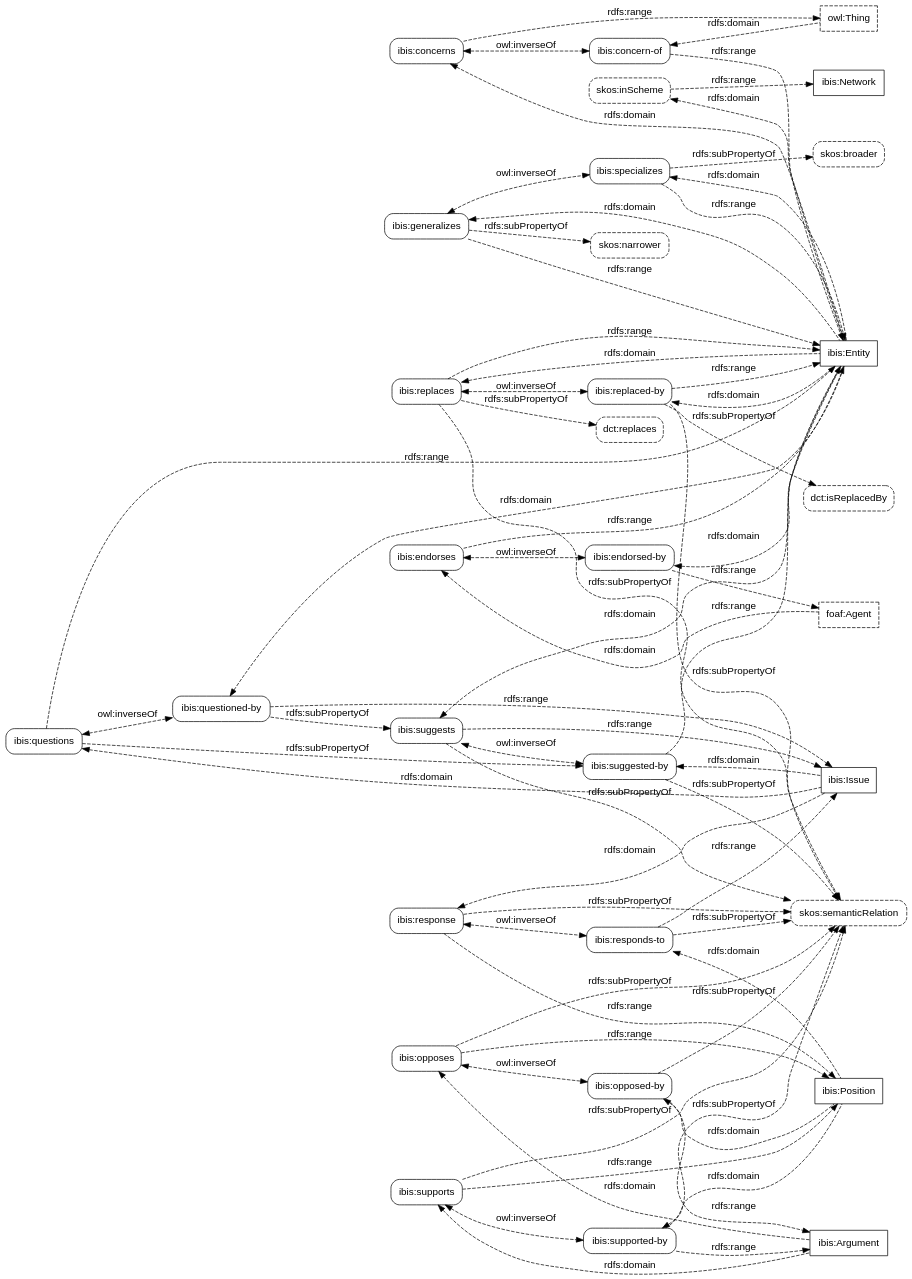
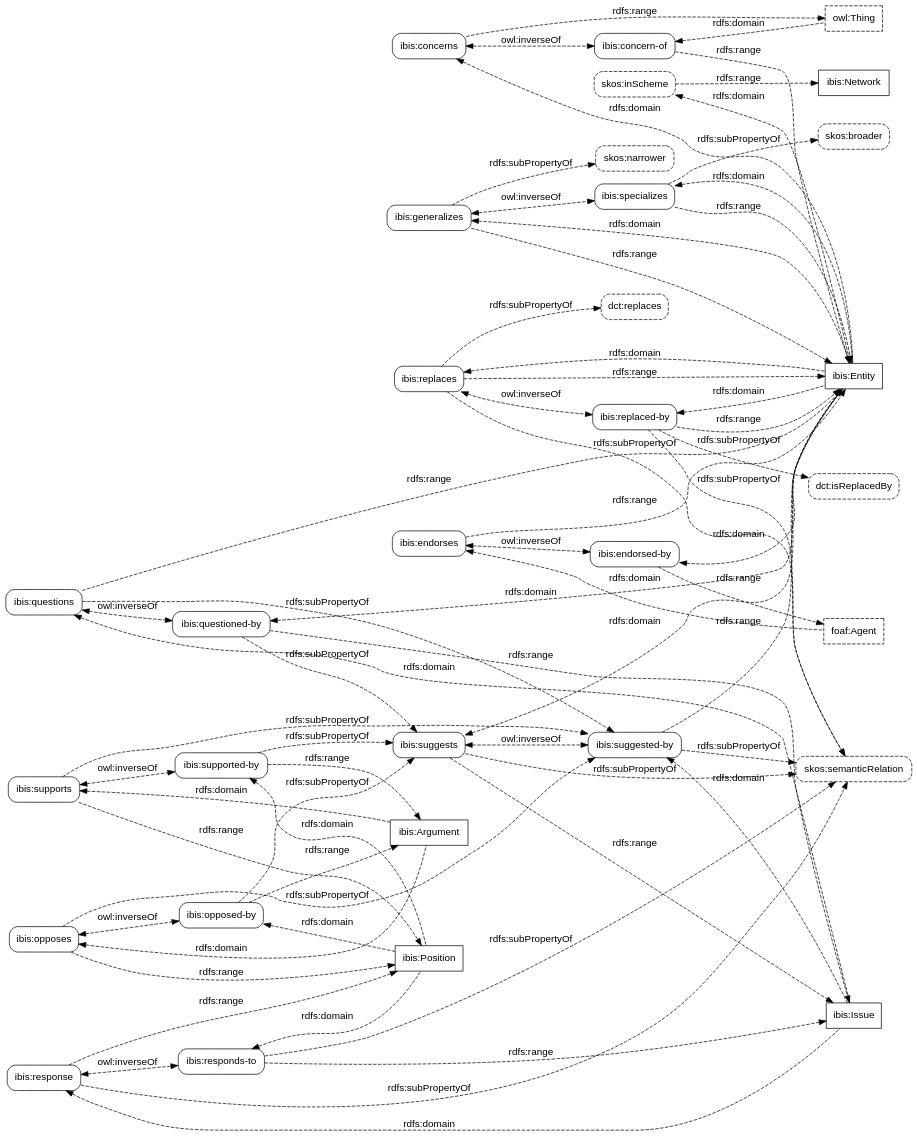
The diagram in ibis-properties.dot (doriantaylor/owl-ibis), drawn with Graphviz before and after one commit. The commit also changed 2 other files, not shown here.

Commit message:
making ibis:supports/opposes subproperties of ibis:suggested-by

```diff
--- a/ibis-properties.dot
+++ b/ibis-properties.dot
@@ -1,156 +1,160 @@
 digraph {
     graph [bgcolor=transparent,rankdir=LR];
     node [shape=box,style=rounded,color="#000000",fontcolor="#000000",fontname="Lucida Grande, Lucida Sans Unicode, sans-serif",target="_parent"];
     edge [concentrate=true,color="#000000",fontcolor="#000000",fontname="Lucida Grande, Lucida Sans Unicode, sans-serif"];
 
     // third-party classes
 
     subgraph {
         node [shape=box, style=dashed];
         owl_Thing [label="owl:Thing", href="https://www.w3.org/TR/owl2-syntax/#a_Thing"];
         foaf_Agent [label="foaf:Agent", href="https://xmlns.com/foaf/spec/#term_Agent"];
         // skos_Concept [label="skos:Concept", href=""];
         // skos_ConceptScheme [label="skos:ConceptScheme", href="https://www.w3.org/2009/08/skos-reference/skos.html#ConceptScheme"];
     }
 
     // our classes
 
     subgraph {
         node [shape=box, style=""];
         ibis_Network  [label="ibis:Network",  href="https://vocab.methodandstructure.com/ibis#Network"];
         ibis_Entity   [label="ibis:Entity",   href="https://vocab.methodandstructure.com/ibis#Entity"];
         ibis_Issue    [label="ibis:Issue",    href="https://vocab.methodandstructure.com/ibis#Issue"];
         ibis_Position [label="ibis:Position", href="https://vocab.methodandstructure.com/ibis#Position"];
         ibis_Argument [label="ibis:Argument", href="https://vocab.methodandstructure.com/ibis#Argument"];
     }
 
     // our datatypes
     subgraph {
         node [shape=note];
     }
 
     // third-party properties
 
     subgraph {
         node [style="dashed,rounded"];
         // dct_requires     [label="dct:requires", href="https://www.dublincore.org/specifications/dublin-core/dcmi-terms/#http://purl.org/dc/terms/requires"];
         dct_replaces     [label="dct:replaces", href="https://www.dublincore.org/specifications/dublin-core/dcmi-terms/#http://purl.org/dc/terms/replaces"];
         dct_isReplacedBy [label="dct:isReplacedBy", href="https://www.dublincore.org/specifications/dublin-core/dcmi-terms/#http://purl.org/dc/terms/isReplacedBy"];
         skos_broader     [label="skos:broader", href="https://www.w3.org/2009/08/skos-reference/skos.html#broader"];
         skos_narrower    [label="skos:narrower", href="https://www.w3.org/2009/08/skos-reference/skos.html#narrower"];
         skos_semanticRelation [label="skos:semanticRelation", href="https://www.w3.org/2009/08/skos-reference/skos.html#semanticRelation"];
         skos_inScheme [label="skos:inScheme", href="https://www.w3.org/2009/08/skos-reference/skos.html#inScheme"];
     }
 
     // our properties
 
     ibis_generalizes [label="ibis:generalizes", href="https://vocab.methodandstructure.com/ibis#generalizes"];
     ibis_specializes [label="ibis:specializes", href="https://vocab.methodandstructure.com/ibis#specializes"];
     ibis_replaces [label="ibis:replaces", href="https://vocab.methodandstructure.com/ibis#replaces"];
     ibis_replaced_by [label="ibis:replaced-by", href="https://vocab.methodandstructure.com/ibis#replaced-by"];
     ibis_suggests [label="ibis:suggests", href="https://vocab.methodandstructure.com/ibis#suggests"];
     ibis_suggested_by [label="ibis:suggested-by", href="https://vocab.methodandstructure.com/ibis#suggested-by"];
     ibis_questions [label="ibis:questions", href="https://vocab.methodandstructure.com/ibis#questions"];
     ibis_questioned_by [label="ibis:questioned-by", href="https://vocab.methodandstructure.com/ibis#questioned-by"];
     ibis_response [label="ibis:response", href="https://vocab.methodandstructure.com/ibis#response"];
     ibis_responds_to [label="ibis:responds-to", href="https://vocab.methodandstructure.com/ibis#responds-to"];
     ibis_supports [label="ibis:supports", href="https://vocab.methodandstructure.com/ibis#supports"];
     ibis_supported_by [label="ibis:supported-by", href="https://vocab.methodandstructure.com/ibis#supported-by"];
     ibis_opposes [label="ibis:opposes", href="https://vocab.methodandstructure.com/ibis#opposes"];
     ibis_opposed_by [label="ibis:opposed-by", href="https://vocab.methodandstructure.com/ibis#opposed-by"];
     ibis_endorses [label="ibis:endorses", href="https://vocab.methodandstructure.com/ibis#endorses"];
     ibis_endorsed_by [label="ibis:endorsed-by", href="https://vocab.methodandstructure.com/ibis#endorsed-by"];
     ibis_concerns [label="ibis:concerns", href="https://vocab.methodandstructure.com/ibis#concerns"];
     ibis_concern_of [label="ibis:concern-of", href="https://vocab.methodandstructure.com/ibis#concern-of"];
     // ibis_concepts [label="ibis:concepts", href="https://vocab.methodandstructure.com/ibis#concepts"];
     // ibis_main_concepts [label="ibis:main-concepts", href="https://vocab.methodandstructure.com/ibis#main-concepts"];
 
     subgraph {
         edge [style=dashed, label="rdfs:subPropertyOf"];
         // ibis_main_concepts -> ibis_concepts -> dct_requires;
         ibis_generalizes   -> skos_narrower;
         ibis_specializes   -> skos_broader;
         ibis_replaces      -> dct_replaces;
         ibis_replaced_by   -> dct_isReplacedBy;
         ibis_questions     -> ibis_suggested_by -> skos_semanticRelation;
         ibis_questioned_by -> ibis_suggests     -> skos_semanticRelation;
         ibis_replaces      -> skos_semanticRelation;
         ibis_replaced_by   -> skos_semanticRelation;
         ibis_response      -> skos_semanticRelation;
         ibis_responds_to   -> skos_semanticRelation;
-        ibis_supports      -> skos_semanticRelation;
-        ibis_supported_by  -> skos_semanticRelation;
-        ibis_opposes       -> skos_semanticRelation;
-        ibis_opposed_by    -> skos_semanticRelation;
+        // ibis_supports      -> skos_semanticRelation;
+        // ibis_supported_by  -> skos_semanticRelation;
+        // ibis_opposes       -> skos_semanticRelation;
+        // ibis_opposed_by    -> skos_semanticRelation;
+        ibis_supports      -> ibis_suggested_by;
+        ibis_supported_by  -> ibis_suggests;
+        ibis_opposes       -> ibis_suggested_by;
+        ibis_opposed_by    -> ibis_suggests;
     }
 
     /*
     subgraph {
         edge [style=dashed, label="owl:equivalentProperty"];
         ibis_generalizes -> skos_narrower;
         ibis_specializes -> skos_broader;
     }*/
 
     subgraph {
         edge [style=dashed, dir=both, label="owl:inverseOf"];
         ibis_generalizes -> ibis_specializes;
         ibis_replaces    -> ibis_replaced_by;
         ibis_suggests    -> ibis_suggested_by;
         ibis_questions   -> ibis_questioned_by;
         ibis_response    -> ibis_responds_to;
         ibis_supports    -> ibis_supported_by;
         ibis_opposes     -> ibis_opposed_by;
         ibis_concerns    -> ibis_concern_of;
         ibis_endorses    -> ibis_endorsed_by;
     }
 
     subgraph {
         edge [style=dashed, dir=back, label="rdfs:domain"];
         ibis_replaces      -> ibis_Entity;
         ibis_replaced_by   -> ibis_Entity;
         ibis_endorses      -> foaf_Agent;
         ibis_endorsed_by   -> ibis_Entity;
         // ibis_concepts      -> ibis_Network;
         // ibis_main_concepts -> ibis_Network;
         ibis_concerns      -> ibis_Entity;
         ibis_concern_of    -> owl_Thing;
         ibis_generalizes   -> ibis_Entity;
         ibis_specializes   -> ibis_Entity;
         ibis_suggests      -> ibis_Entity;
         ibis_suggested_by  -> ibis_Issue;
         ibis_questions     -> ibis_Issue;
         ibis_questioned_by -> ibis_Entity;
         ibis_response      -> ibis_Issue;
         ibis_responds_to   -> ibis_Position;
         ibis_supports      -> ibis_Argument;
         ibis_supported_by  -> ibis_Position;
         ibis_opposes       -> ibis_Argument;
         ibis_opposed_by    -> ibis_Position;
         skos_inScheme      -> ibis_Entity;
     }
 
     subgraph {
         edge [style=dashed, label="rdfs:range"];
         ibis_replaces      -> ibis_Entity;
         ibis_replaced_by   -> ibis_Entity;
         ibis_endorses      -> ibis_Entity;
         ibis_endorsed_by   -> foaf_Agent;
         // ibis_concepts      -> skos_ConceptScheme;
         // ibis_main_concepts -> skos_ConceptScheme;
         ibis_concerns      -> owl_Thing;
         ibis_concern_of    -> ibis_Entity;
         ibis_generalizes   -> ibis_Entity;
         ibis_specializes   -> ibis_Entity;
         ibis_suggests      -> ibis_Issue;
         ibis_suggested_by  -> ibis_Entity;
         ibis_questions     -> ibis_Entity;
         ibis_questioned_by -> ibis_Issue;
         ibis_response      -> ibis_Position;
         ibis_responds_to   -> ibis_Issue;
         ibis_supports      -> ibis_Position;
         ibis_supported_by  -> ibis_Argument;
         ibis_opposes       -> ibis_Position;
         ibis_opposed_by    -> ibis_Argument;
         skos_inScheme      -> ibis_Network;
     }
 }
```
